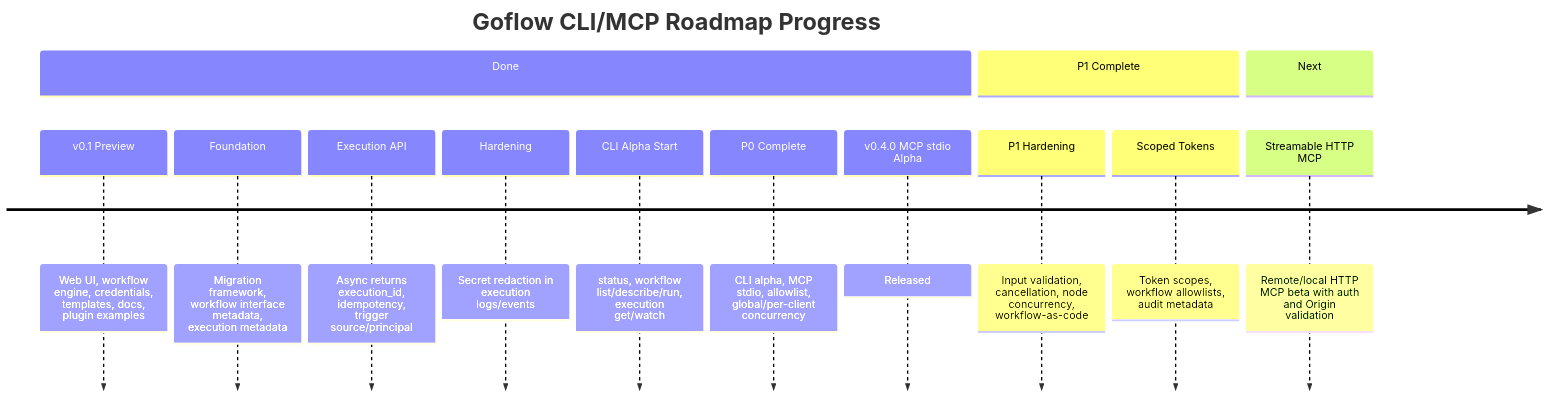
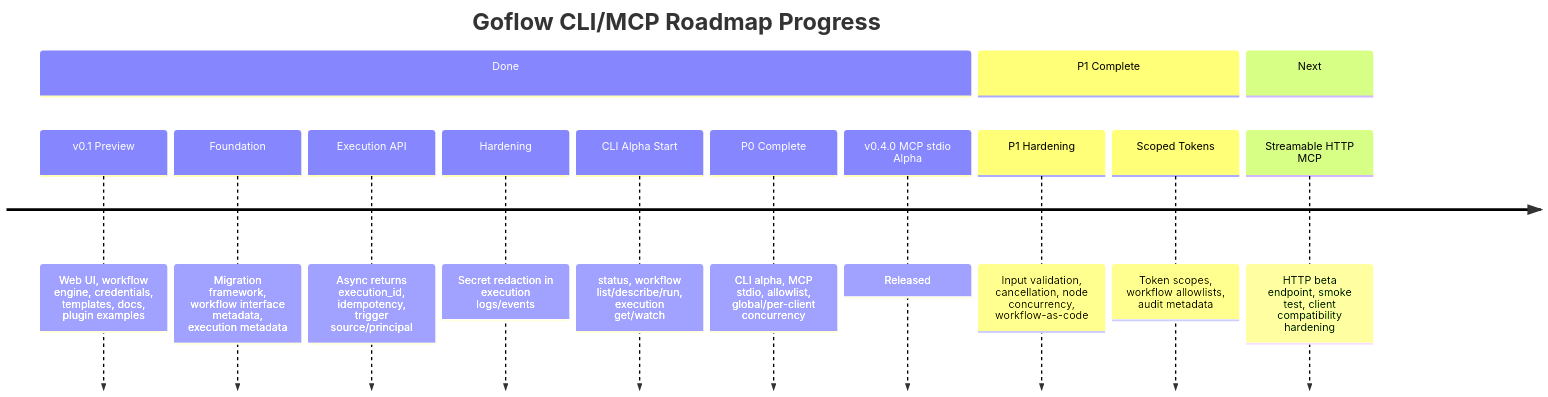
The first of 2 diagrams in ROADMAP_PROGRESS.md (hstptcn5/Goflow), drawn with Mermaid before and after one commit. The commit also changed other lines of this file and 9 other files, not shown here.

First line of the commit message:
Add Streamable HTTP MCP beta endpoint at /mcp

````diff
--- a/ROADMAP_PROGRESS.md
+++ b/ROADMAP_PROGRESS.md
@@ -7,20 +7,20 @@
 ```mermaid
 timeline
     title Goflow CLI/MCP Roadmap Progress
 
     section Done
       v0.1 Preview : Web UI, workflow engine, credentials, templates, docs, plugin examples
       Foundation : Migration framework, workflow interface metadata, execution metadata
       Execution API : Async returns execution_id, idempotency, trigger source/principal
       Hardening : Secret redaction in execution logs/events
       CLI Alpha Start : status, workflow list/describe/run, execution get/watch
       P0 Complete : CLI alpha, MCP stdio, allowlist, global/per-client concurrency
       v0.4.0 MCP stdio Alpha : Released
 
     section P1 Complete
       P1 Hardening : Input validation, cancellation, node concurrency, workflow-as-code
       Scoped Tokens : Token scopes, workflow allowlists, audit metadata
 
     section Next
-      Streamable HTTP MCP : Remote/local HTTP MCP beta with auth and Origin validation
+      Streamable HTTP MCP : HTTP beta endpoint, smoke test, client compatibility hardening
 ```
````
